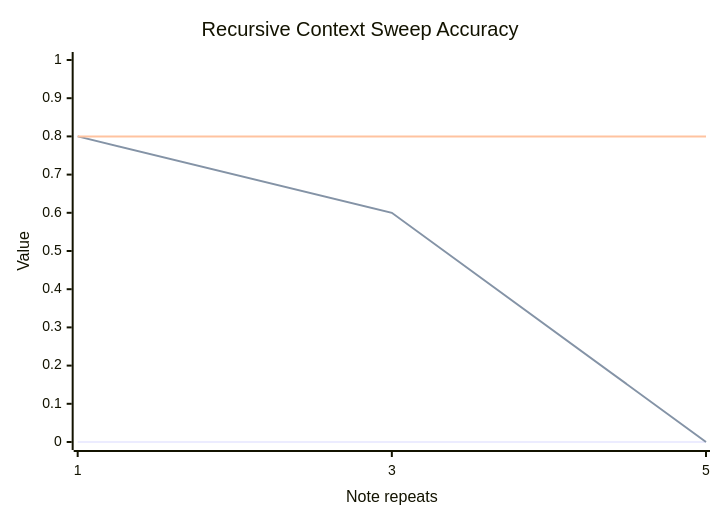
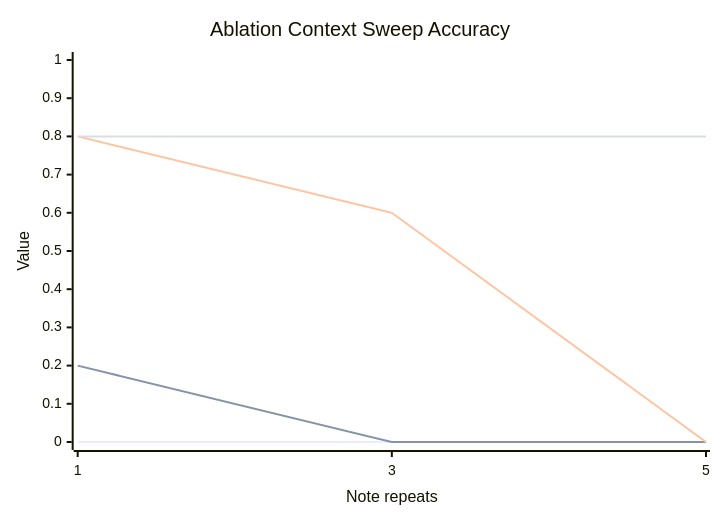
Before and after one commit to dylanler/latent-planning: the fifth of 6 diagrams in docs/extended_evaluation.md, drawn with Mermaid. The commit also changed other lines of this file and 7 other files, not shown here.

Commit message:
Add no-validator ablation report

````diff
--- a/docs/extended_evaluation.md
+++ b/docs/extended_evaluation.md
@@ -101,9 +74,10 @@
 ```mermaid
 xychart-beta
-    title "Recursive Context Sweep Accuracy"
+    title "Ablation Context Sweep Accuracy"
     x-axis "Note repeats" [1, 3, 5]
     y-axis "Value" 0 --> 1.0
     line "Baseline" [0.00, 0.00, 0.00]
+    line "No-validator" [0.20, 0.00, 0.00]
     line "Managed" [0.80, 0.60, 0.00]
     line "Recursive" [0.80, 0.80, 0.80]
 ```
````
